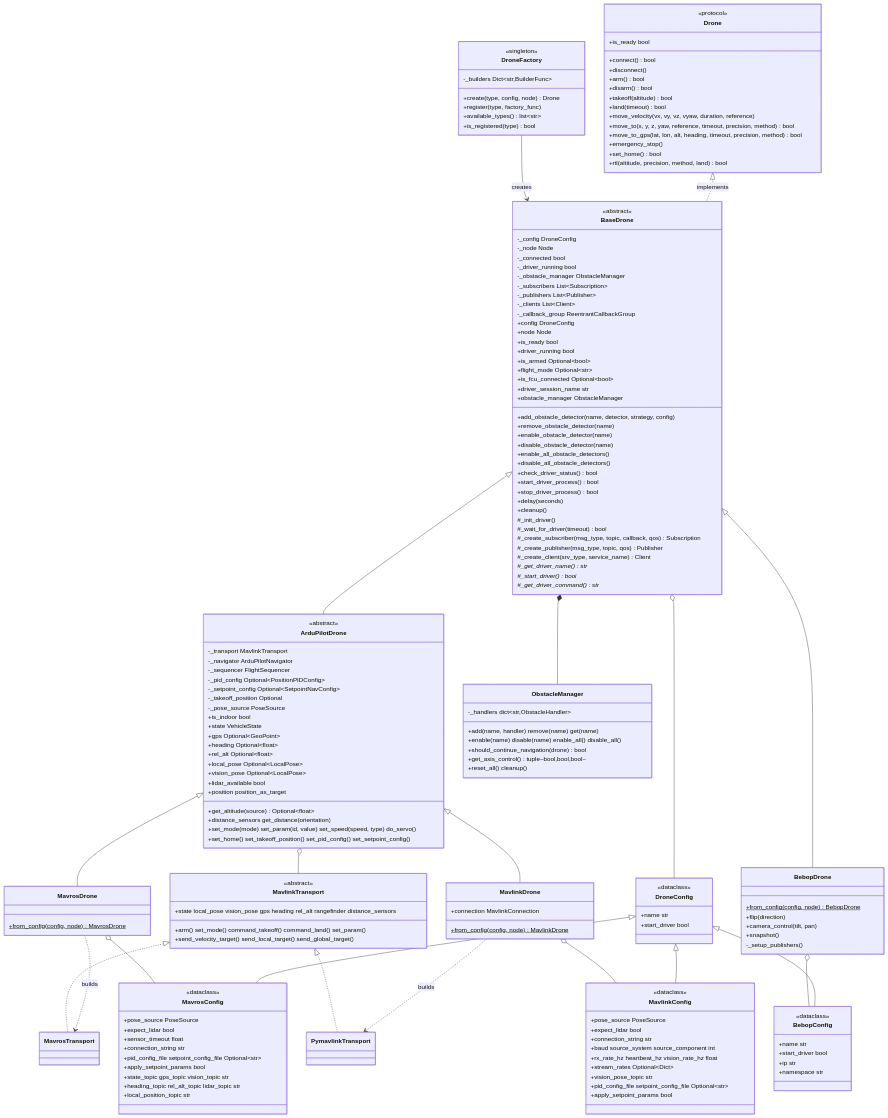
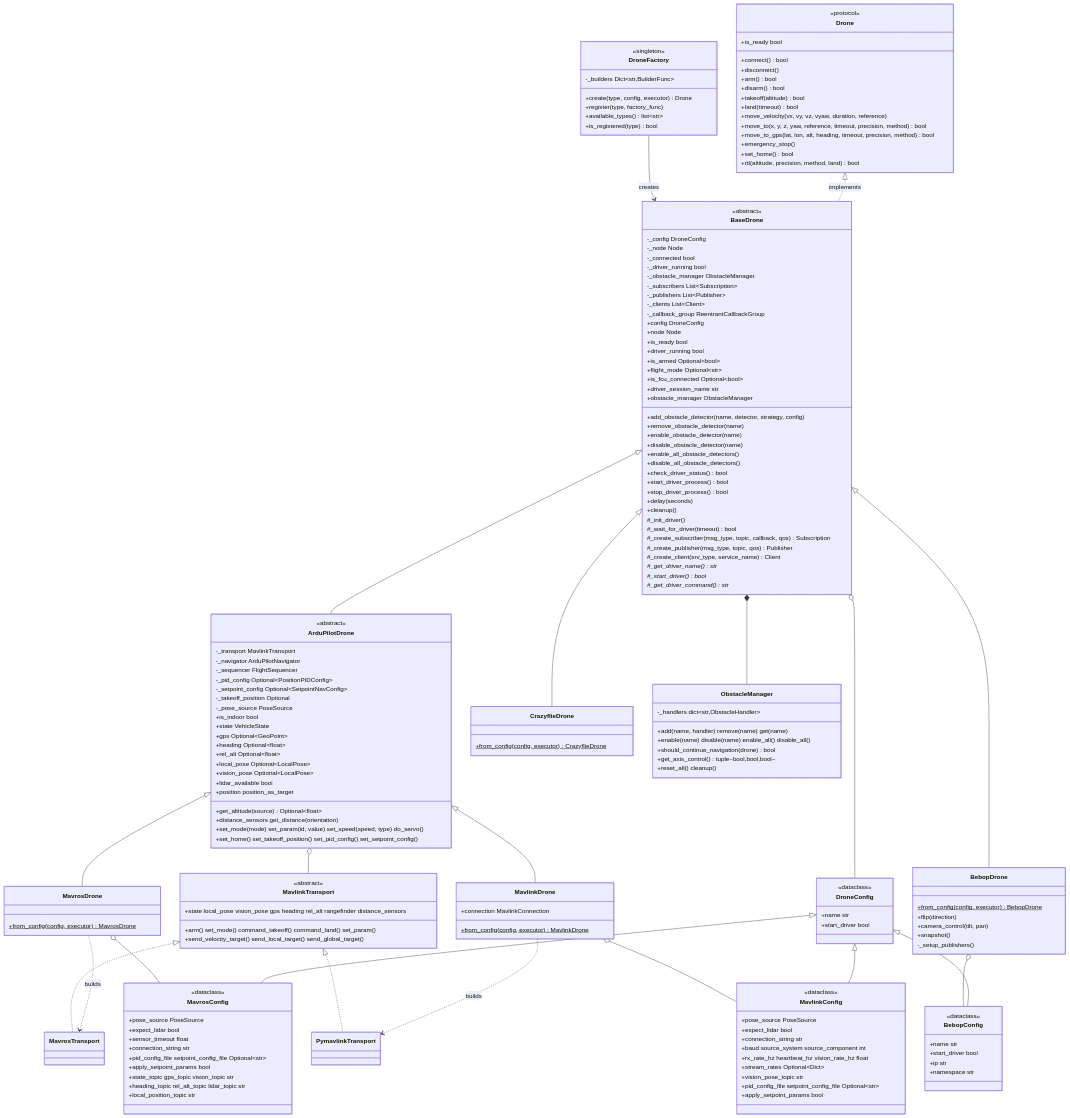
The diagram in nectar/nectar/control/README.md (Black-Bee-Drones/nectar-sdk), drawn with Mermaid before and after one commit. The commit also changed other lines of this file and 22 other files, not shown here.

```diff
--- a/nectar/nectar/control/README.md
+++ b/nectar/nectar/control/README.md
@@ -19,7 +24,7 @@
     class DroneFactory {
         <<singleton>>
         -_builders Dict~str,BuilderFunc~
-        +create(type, config, node) Drone
+        +create(type, config, executor) Drone
         +register(type, factory_func)
         +available_types() list~str~
         +is_registered(type) bool
@@ -108,12 +113,16 @@
     }
 
     class MavrosDrone {
-        +from_config(config, node)$ MavrosDrone
+        +from_config(config, executor)$ MavrosDrone
     }
 
     class MavlinkDrone {
         +connection MavlinkConnection
-        +from_config(config, node)$ MavlinkDrone
+        +from_config(config, executor)$ MavlinkDrone
+    }
+
+    class CrazyflieDrone {
+        +from_config(config, executor)$ CrazyflieDrone
     }
 
     class MavlinkTransport {
@@ -127,7 +136,7 @@
     class PymavlinkTransport
 
     class BebopDrone {
-        +from_config(config, node)$ BebopDrone
+        +from_config(config, executor)$ BebopDrone
         +flip(direction)
         +camera_control(tilt, pan)
         +snapshot()
@@ -187,6 +196,7 @@
     Drone <|.. BaseDrone : implements
     BaseDrone <|-- ArduPilotDrone
     BaseDrone <|-- BebopDrone
+    BaseDrone <|-- CrazyflieDrone
     ArduPilotDrone <|-- MavrosDrone
     ArduPilotDrone <|-- MavlinkDrone
     ArduPilotDrone o-- MavlinkTransport
```
